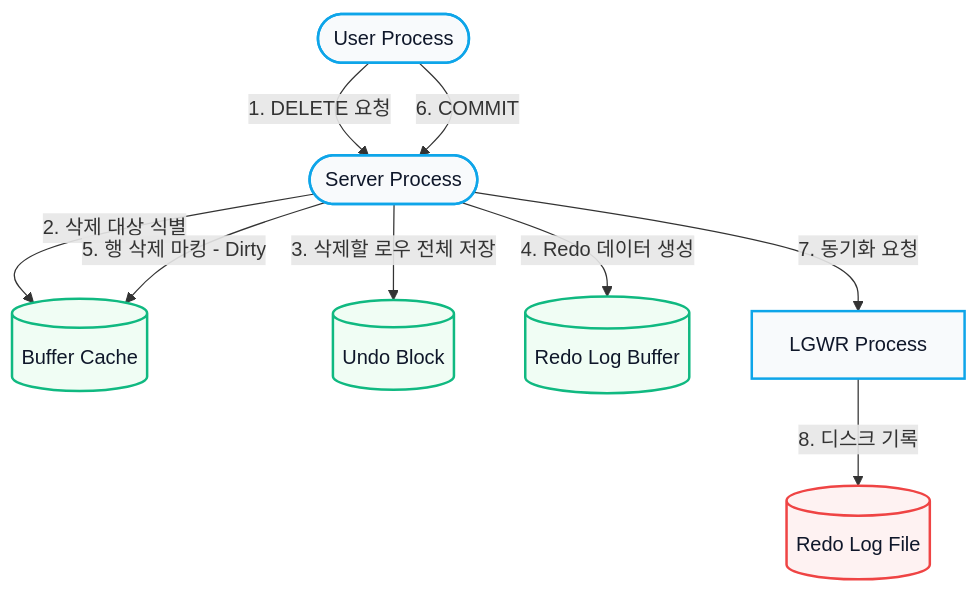
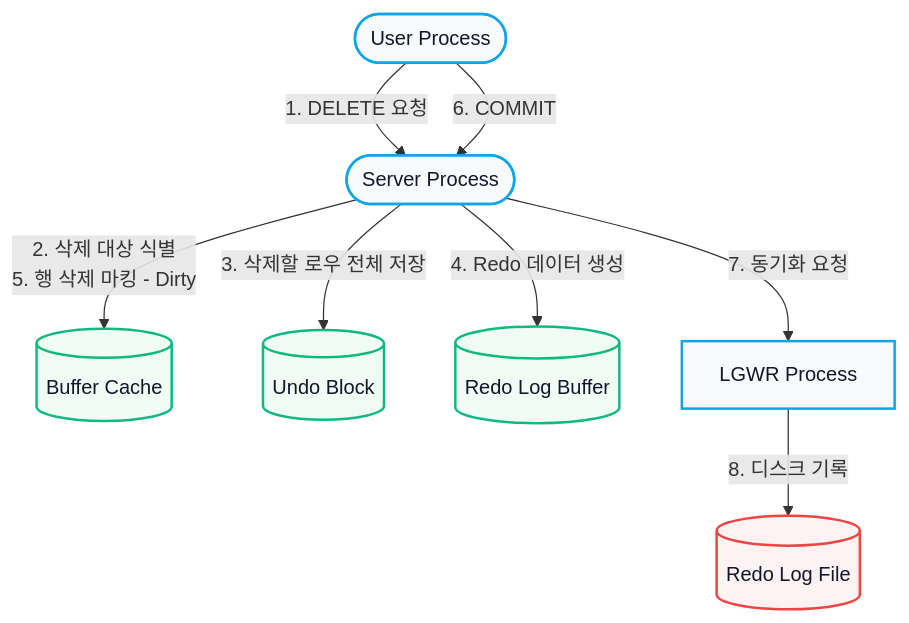
One commit to kkcskill-dot/TS_edu changed the fourth of 4 diagrams in assets/lessons/visit-service/sql_execution_flow.md. Above: the diagram before and after it, drawn with Mermaid. The commit also changed other lines of this file, not shown here.

Commit message:
style: merge overlapping edges in DML mermaid diagrams for better readability

````diff
--- a/assets/lessons/visit-service/sql_execution_flow.md
+++ b/assets/lessons/visit-service/sql_execution_flow.md
@@ -119,26 +117,25 @@
 ```mermaid
 flowchart TD
     UP([User Process])
     SP([Server Process])
     BC[(Buffer Cache)]
     Undo[(Undo Block)]
     Redo[(Redo Log Buffer)]
     LGWR[LGWR Process]
     RLF[(Redo Log File)]
 
-    UP -->|1. DELETE 요청| SP
-    SP -->|2. 삭제 대상 식별| BC
-    SP -->|3. 삭제할 로우 전체 저장| Undo
-    SP -->|4. Redo 데이터 생성| Redo
-    SP -->|5. 행 삭제 마킹 - Dirty| BC
-    UP -->|6. COMMIT| SP
+    UP -->|"1. DELETE 요청"| SP
+    SP -->|"2. 삭제 대상 식별<br/>5. 행 삭제 마킹 - Dirty"| BC
+    SP -->|"3. 삭제할 로우 전체 저장"| Undo
+    SP -->|"4. Redo 데이터 생성"| Redo
+    UP -->|"6. COMMIT"| SP
     SP -->|7. 동기화 요청| LGWR
     LGWR -->|8. 디스크 기록| RLF
 
     classDef process fill:#f8fafc,stroke:#0ea5e9,stroke-width:2px,color:#0f172a;
     classDef mem fill:#f0fdf4,stroke:#10b981,stroke-width:2px,color:#0f172a;
     classDef disk fill:#fef2f2,stroke:#ef4444,stroke-width:2px,color:#0f172a;
     class UP,SP,LGWR process;
     class BC,Undo,Redo mem;
     class RLF disk;
 ```
````
